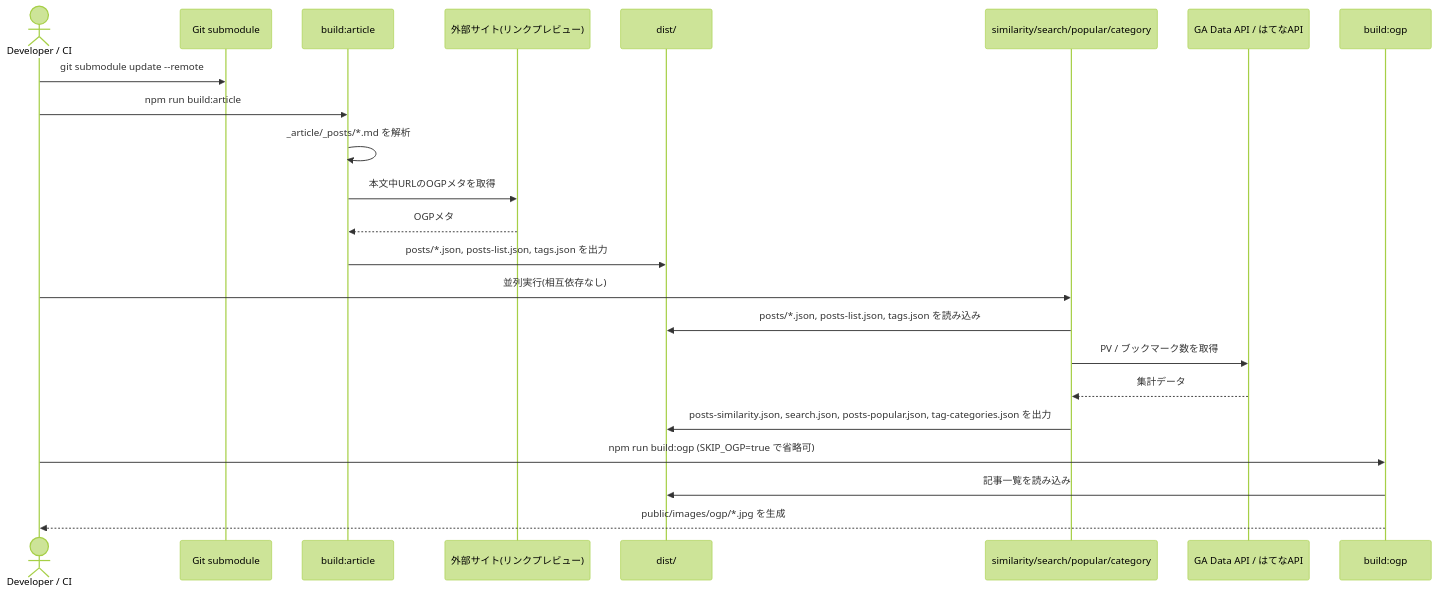
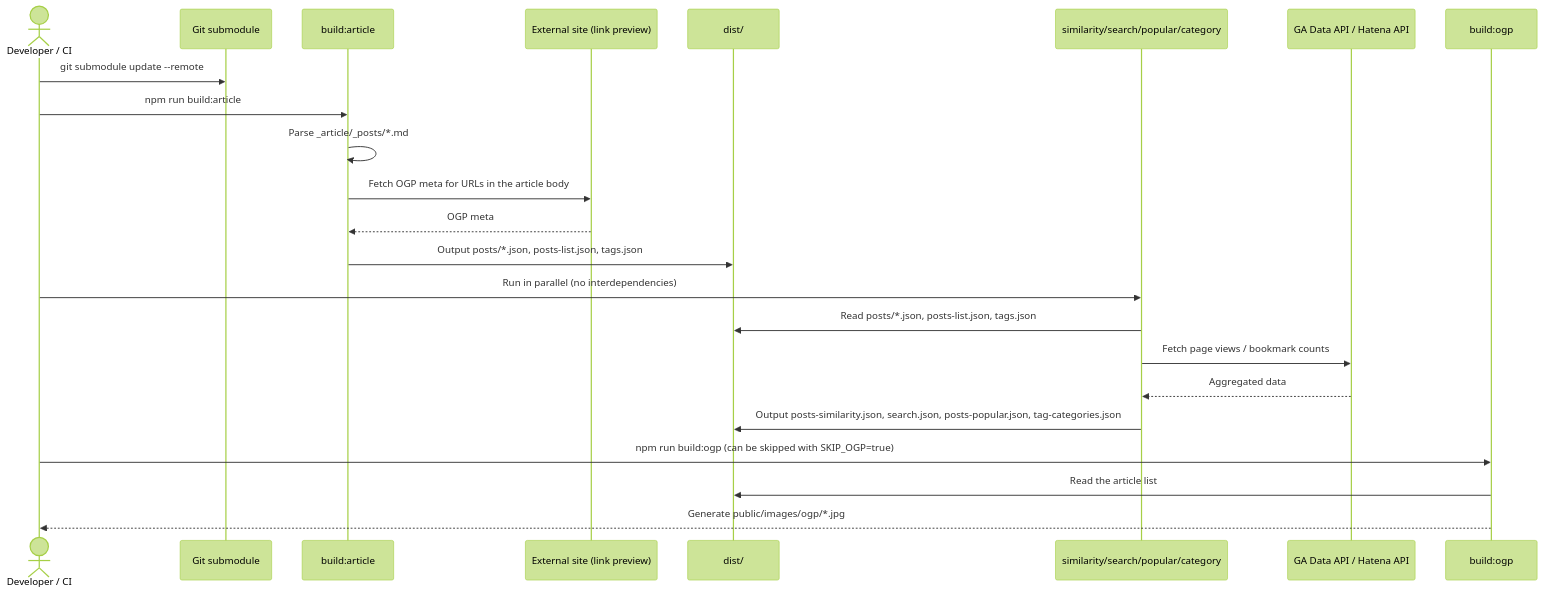
One commit to hiro0218/b.0218.jp changed the first of 4 diagrams in README.md. Above: the diagram before and after it, drawn with Mermaid (forest theme). The commit also changed other lines of this file, not shown here.

````diff
--- a/README.md
+++ b/README.md
@@ -37,26 +37,26 @@
 ```mermaid
 sequenceDiagram
     actor Dev as Developer / CI
     participant Git as Git submodule
     participant Article as build:article
-    participant Web as 外部サイト(リンクプレビュー)
+    participant Web as External site (link preview)
     participant Dist as dist/
     participant Parallel as similarity/search/popular/category
-    participant GA as GA Data API / はてなAPI
+    participant GA as GA Data API / Hatena API
     participant Ogp as build:ogp
 
     Dev->>Git: git submodule update --remote
     Dev->>Article: npm run build:article
-    Article->>Article: _article/_posts/*.md を解析
-    Article->>Web: 本文中URLのOGPメタを取得
-    Web-->>Article: OGPメタ
-    Article->>Dist: posts/*.json, posts-list.json, tags.json を出力
-    Dev->>Parallel: 並列実行(相互依存なし)
-    Parallel->>Dist: posts/*.json, posts-list.json, tags.json を読み込み
-    Parallel->>GA: PV / ブックマーク数を取得
-    GA-->>Parallel: 集計データ
-    Parallel->>Dist: posts-similarity.json, search.json, posts-popular.json, tag-categories.json を出力
-    Dev->>Ogp: npm run build:ogp (SKIP_OGP=true で省略可)
-    Ogp->>Dist: 記事一覧を読み込み
-    Ogp-->>Dev: public/images/ogp/*.jpg を生成
+    Article->>Article: Parse _article/_posts/*.md
+    Article->>Web: Fetch OGP meta for URLs in the article body
+    Web-->>Article: OGP meta
+    Article->>Dist: Output posts/*.json, posts-list.json, tags.json
+    Dev->>Parallel: Run in parallel (no interdependencies)
+    Parallel->>Dist: Read posts/*.json, posts-list.json, tags.json
+    Parallel->>GA: Fetch page views / bookmark counts
+    GA-->>Parallel: Aggregated data
+    Parallel->>Dist: Output posts-similarity.json, search.json, posts-popular.json, tag-categories.json
+    Dev->>Ogp: npm run build:ogp (can be skipped with SKIP_OGP=true)
+    Ogp->>Dist: Read the article list
+    Ogp-->>Dev: Generate public/images/ogp/*.jpg
 ```
````
